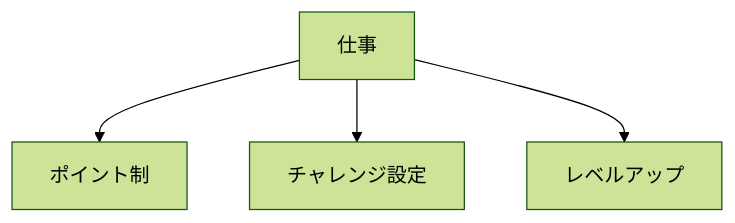
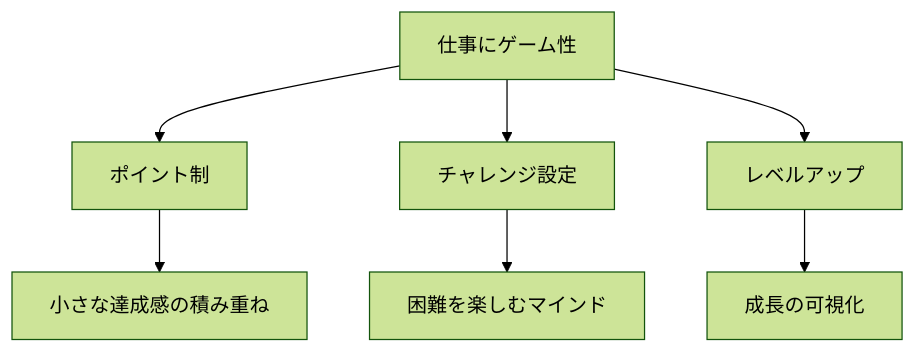
One commit to tndg16-bot/portfolio-site changed the second of 3 diagrams in content/blog/304-playfulness-mental-model-creativity.md. Above: the diagram before and after it, drawn with Mermaid (forest theme). The commit also changed other lines of this file and 4 other files, not shown here.

````diff
--- a/content/blog/304-playfulness-mental-model-creativity.md
+++ b/content/blog/304-playfulness-mental-model-creativity.md
@@ -46,6 +51,9 @@
 ```mermaid
 graph TD
-    A[仕事] --> B[ポイント制]
+    A[仕事にゲーム性] --> B[ポイント制]
     A --> C[チャレンジ設定]
     A --> D[レベルアップ]
+    B --> E[小さな達成感の積み重ね]
+    C --> F[困難を楽しむマインド]
+    D --> G[成長の可視化]
 ```
````
